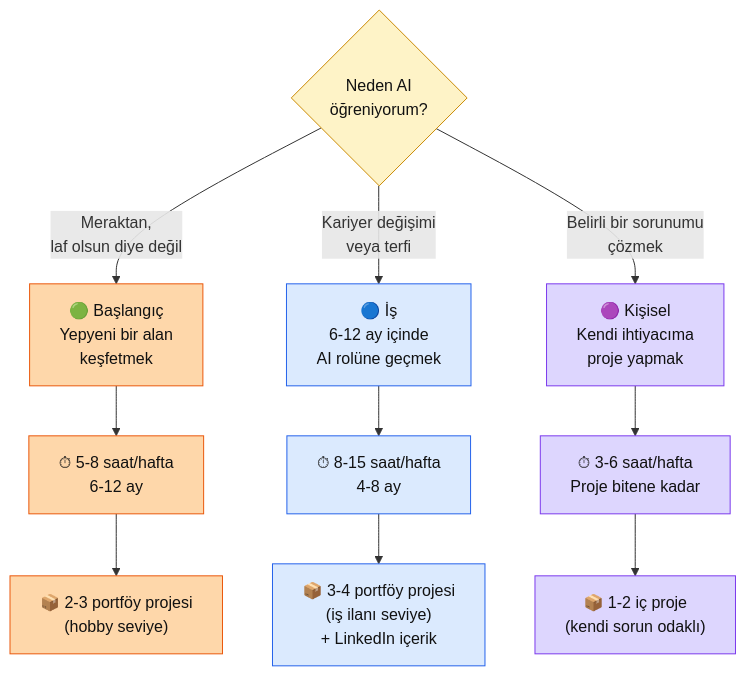
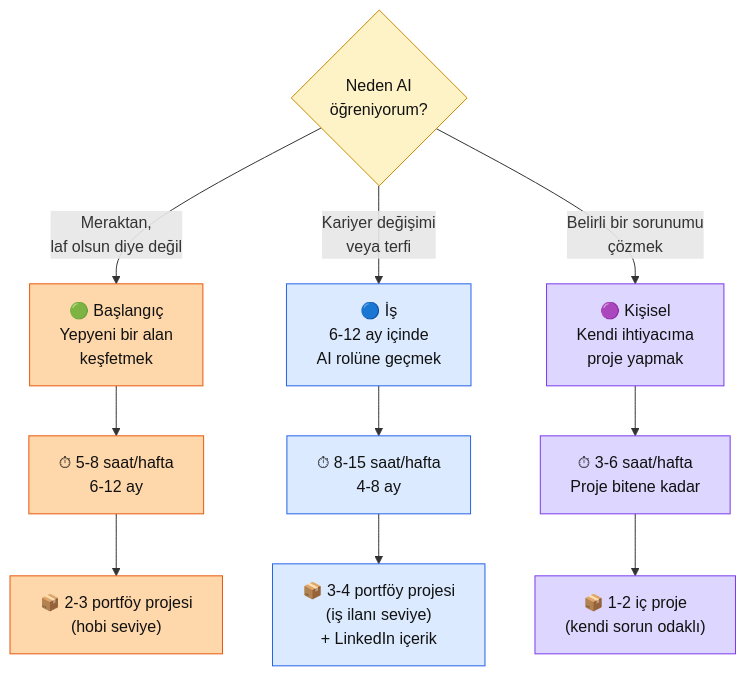
One commit to KemalG-u/muhendisal-platform changed the diagram in docs/bolum-1/04-yol-secimi.md. Above: the diagram before and after it, drawn with Mermaid. The commit also changed other lines of this file and 4 other files, not shown here.

````diff
--- a/docs/bolum-1/04-yol-secimi.md
+++ b/docs/bolum-1/04-yol-secimi.md
@@ -31,28 +31,28 @@
 ```mermaid
 flowchart TB
     Q{"Neden AI\nöğreniyorum?"}
     P1["🟢 Başlangıç\nYepyeni bir alan\nkeşfetmek"]
     P2["🔵 İş\n6-12 ay içinde\nAI rolüne geçmek"]
     P3["🟣 Kişisel\nKendi ihtiyacıma\nproje yapmak"]
 
     Q -->|"Meraktan,\nlaf olsun diye değil"| P1
     Q -->|"Kariyer değişimi\nveya terfi"| P2
     Q -->|"Belirli bir sorunumu\nçözmek"| P3
 
     P1 --> T1["⏱ 5-8 saat/hafta\n6-12 ay"]
     P2 --> T2["⏱ 8-15 saat/hafta\n4-8 ay"]
     P3 --> T3["⏱ 3-6 saat/hafta\nProje bitene kadar"]
 
-    T1 --> O1["📦 2-3 portföy projesi\n(hobby seviye)"]
+    T1 --> O1["📦 2-3 portföy projesi\n(hobi seviye)"]
     T2 --> O2["📦 3-4 portföy projesi\n(iş ilanı seviye)\n+ LinkedIn içerik"]
     T3 --> O3["📦 1-2 iç proje\n(kendi sorun odaklı)"]
 
     classDef q fill:#fef3c7,stroke:#ca8a04,color:#111
     classDef p1 fill:#fed7aa,stroke:#ea580c,color:#111
     classDef p2 fill:#dbeafe,stroke:#2563eb,color:#111
     classDef p3 fill:#ddd6fe,stroke:#7c3aed,color:#111
     class Q q
     class P1,T1,O1 p1
     class P2,T2,O2 p2
     class P3,T3,O3 p3
 ```
````
